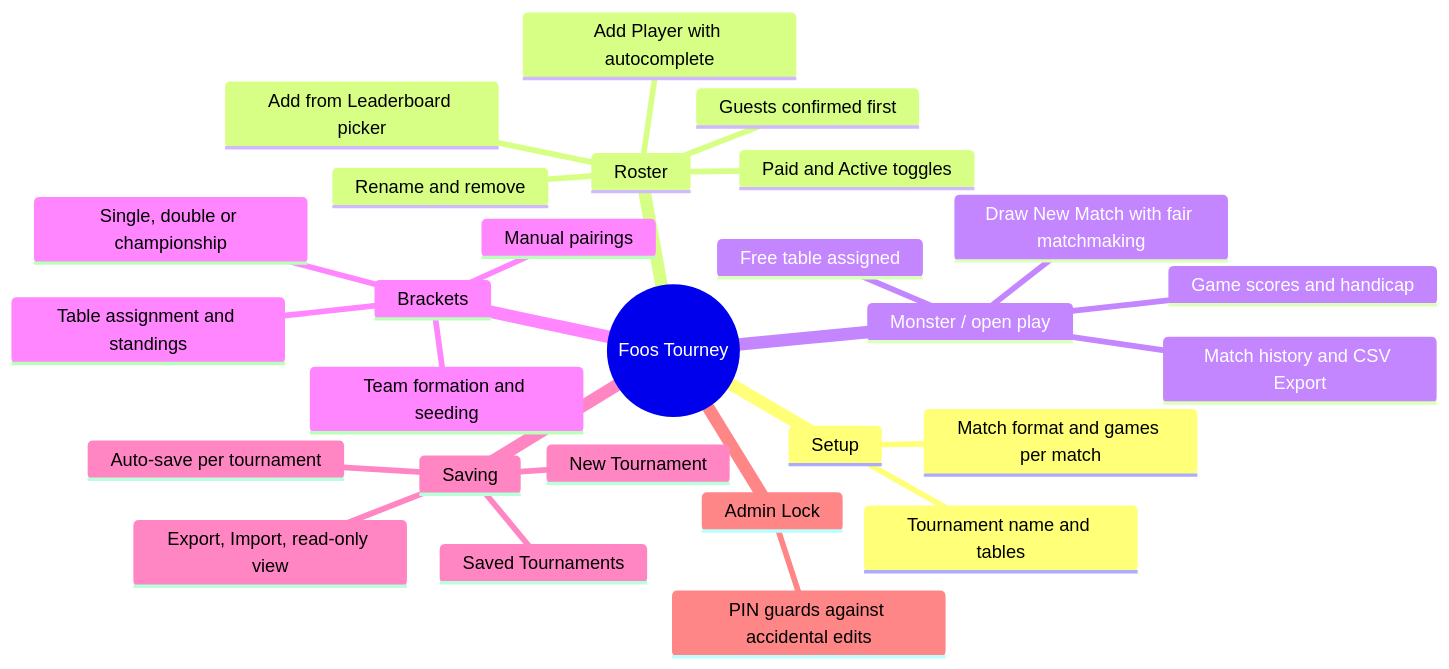
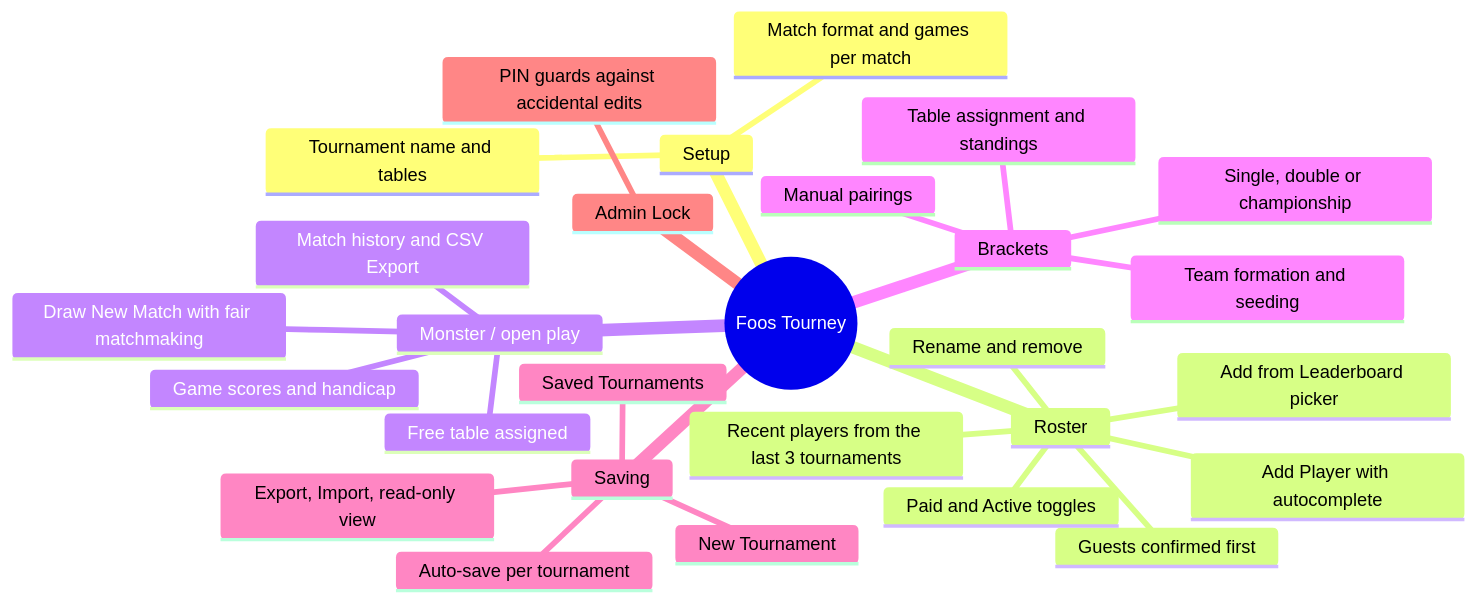
Before and after one commit to DT209/foos-tourney: the first of 5 diagrams in README.md, drawn with Mermaid. The commit also changed other lines of this file and 1 other file, not shown here.

First line of the commit message:
Update diagrams for recent players and data validation

````diff
--- a/README.md
+++ b/README.md
@@ -8,30 +8,31 @@
 ```mermaid
 mindmap
   root((Foos Tourney))
     Setup
       Tournament name and tables
       Match format and games per match
     Roster
       Add Player with autocomplete
       Add from Leaderboard picker
+      Recent players from the last 3 tournaments
       Guests confirmed first
       Paid and Active toggles
       Rename and remove
     Monster / open play
       Draw New Match with fair matchmaking
       Free table assigned
       Game scores and handicap
       Match history and CSV Export
     Brackets
       Single, double or championship
       Team formation and seeding
       Manual pairings
       Table assignment and standings
     Saving
       Auto-save per tournament
       New Tournament
       Saved Tournaments
       Export, Import, read-only view
     Admin Lock
       PIN guards against accidental edits
 ```
````
